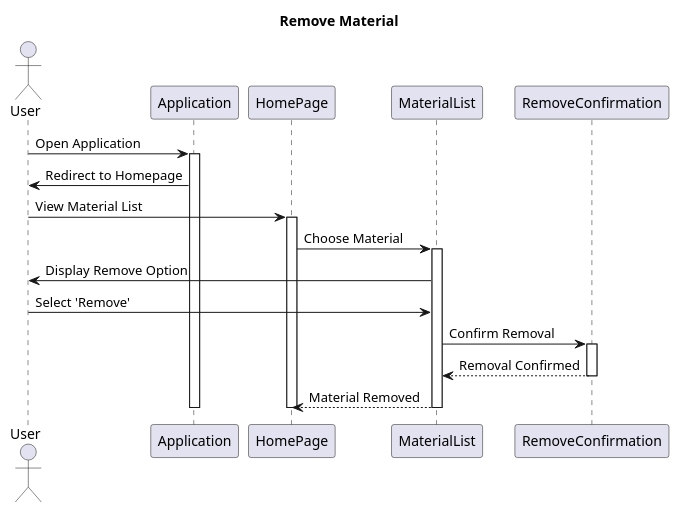
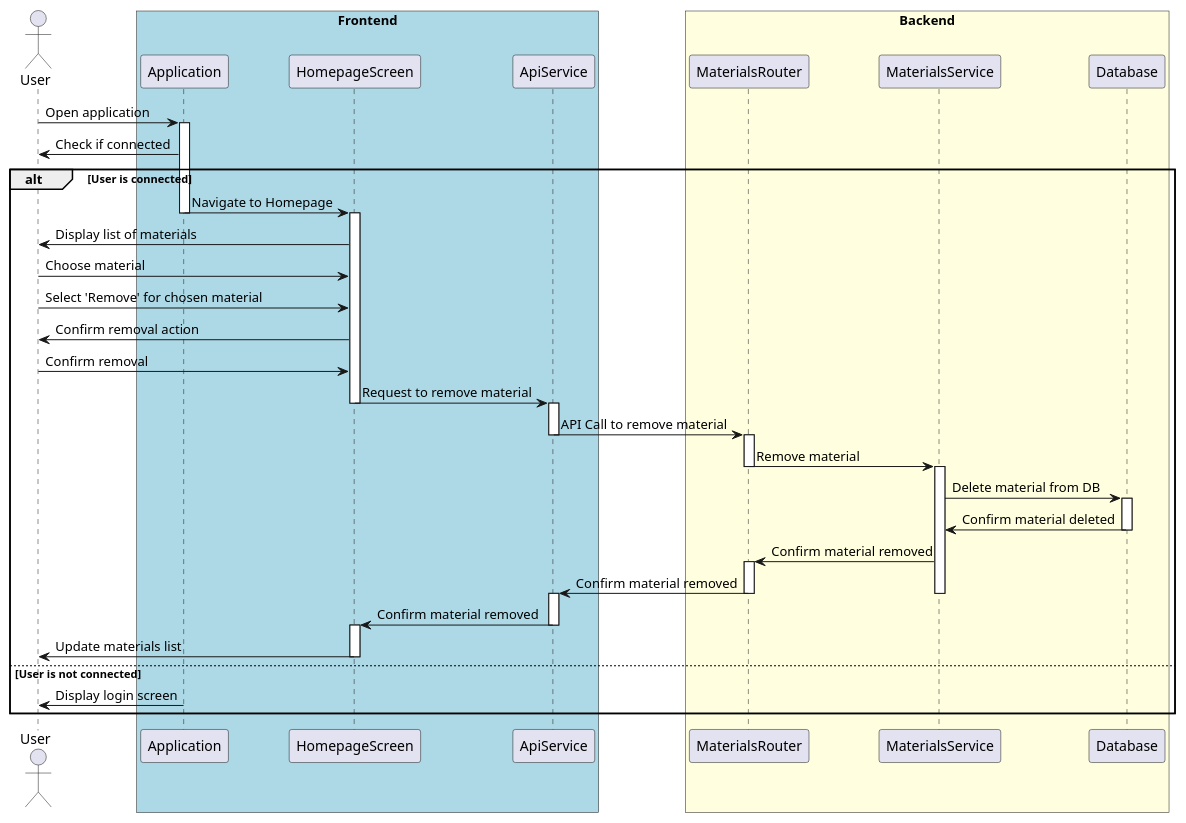
One commit to LucaciuTabita/Thesis changed the diagram in backend/fastApiProject/Diagrams/Sequence Diagram - Remove Material.puml. Above: the diagram before and after it, drawn with PlantUML. The commit also changed 18 other files, not shown here.

Commit message:
Diagrams updated

```diff
--- a/backend/fastApiProject/Diagrams/Sequence Diagram - Remove Material.puml
+++ b/backend/fastApiProject/Diagrams/Sequence Diagram - Remove Material.puml
@@ -1,27 +1,58 @@
 @startuml
-title Remove Material
 
 actor User
-participant Application
-participant HomePage
-participant MaterialList
-participant RemoveConfirmation
 
-User -> Application: Open Application
-activate Application
-Application -> User: Redirect to Homepage
-User -> HomePage: View Material List
-activate HomePage
-HomePage -> MaterialList: Choose Material
-activate MaterialList
-MaterialList -> User: Display Remove Option
-User -> MaterialList: Select 'Remove'
-MaterialList -> RemoveConfirmation: Confirm Removal
-activate RemoveConfirmation
-RemoveConfirmation --> MaterialList: Removal Confirmed
-deactivate RemoveConfirmation
-MaterialList --> HomePage: Material Removed
-deactivate MaterialList
-deactivate HomePage
-deactivate Application
+box "Frontend" #LightBlue
+    participant Application as App
+    participant HomepageScreen as HS
+    participant ApiService as AS
+end box
+
+box "Backend" #LightYellow
+    participant MaterialsRouter as MR
+    participant MaterialsService as MS
+    participant Database as DB
+end box
+
+User -> App: Open application
+activate App
+App -> User: Check if connected
+alt User is connected
+    App -> HS: Navigate to Homepage
+    deactivate App
+    activate HS
+    HS -> User: Display list of materials
+    User -> HS: Choose material
+    User -> HS: Select 'Remove' for chosen material
+    HS -> User: Confirm removal action
+    User -> HS: Confirm removal
+    HS -> AS: Request to remove material
+    deactivate HS
+    activate AS
+    AS -> MR: API Call to remove material
+    deactivate AS
+    activate MR
+    MR -> MS: Remove material
+    deactivate MR
+    activate MS
+    MS -> DB: Delete material from DB
+    activate DB
+    DB -> MS: Confirm material deleted
+    deactivate DB
+    MS -> MR: Confirm material removed
+    activate MR
+    MR -> AS: Confirm material removed
+    deactivate MS
+    deactivate MR
+    activate AS
+    AS -> HS: Confirm material removed
+    deactivate AS
+    activate HS
+    HS -> User: Update materials list
+    deactivate HS
+else User is not connected
+    App -> User: Display login screen
+    deactivate App
+end
+
 @enduml
```
